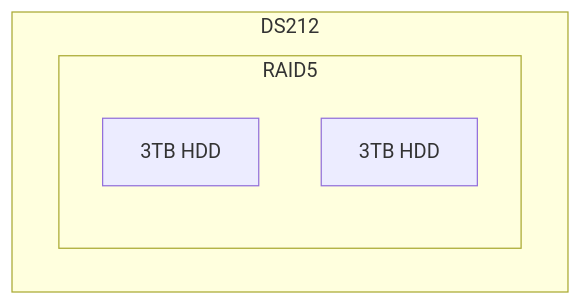
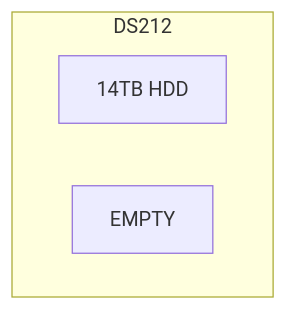
One commit to botkiller/botkiller.github.io changed the fourth of 4 diagrams in _projects/home_network_setup.md. Above: the diagram before and after it, drawn with Mermaid. The commit also changed other lines of this file and 1 other file, not shown here.

````diff
--- a/_projects/home_network_setup.md
+++ b/_projects/home_network_setup.md
@@ -232,9 +234,7 @@
 ```mermaid
 flowchart TB
 subgraph DS212
-    subgraph RAID5
-        hdd5[3TB HDD]
-        hdd6[3TB HDD]
-    end
+    hdd5[14TB HDD]
+    hdd6[EMPTY]
 end
 ```
````
